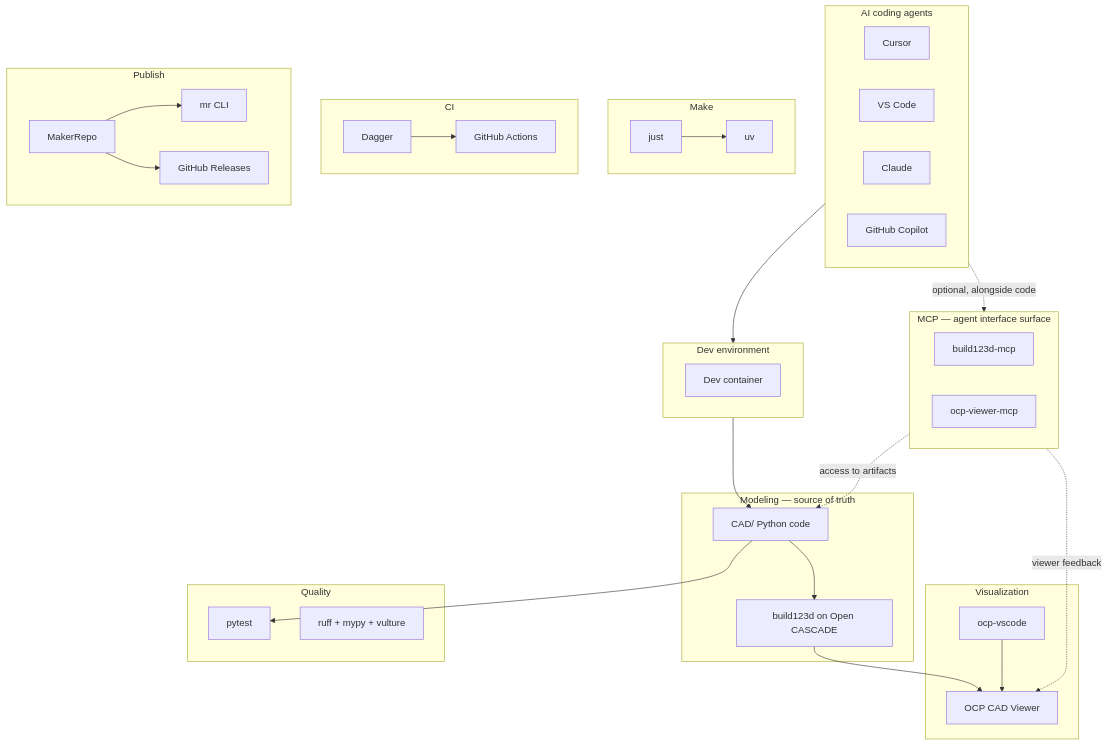
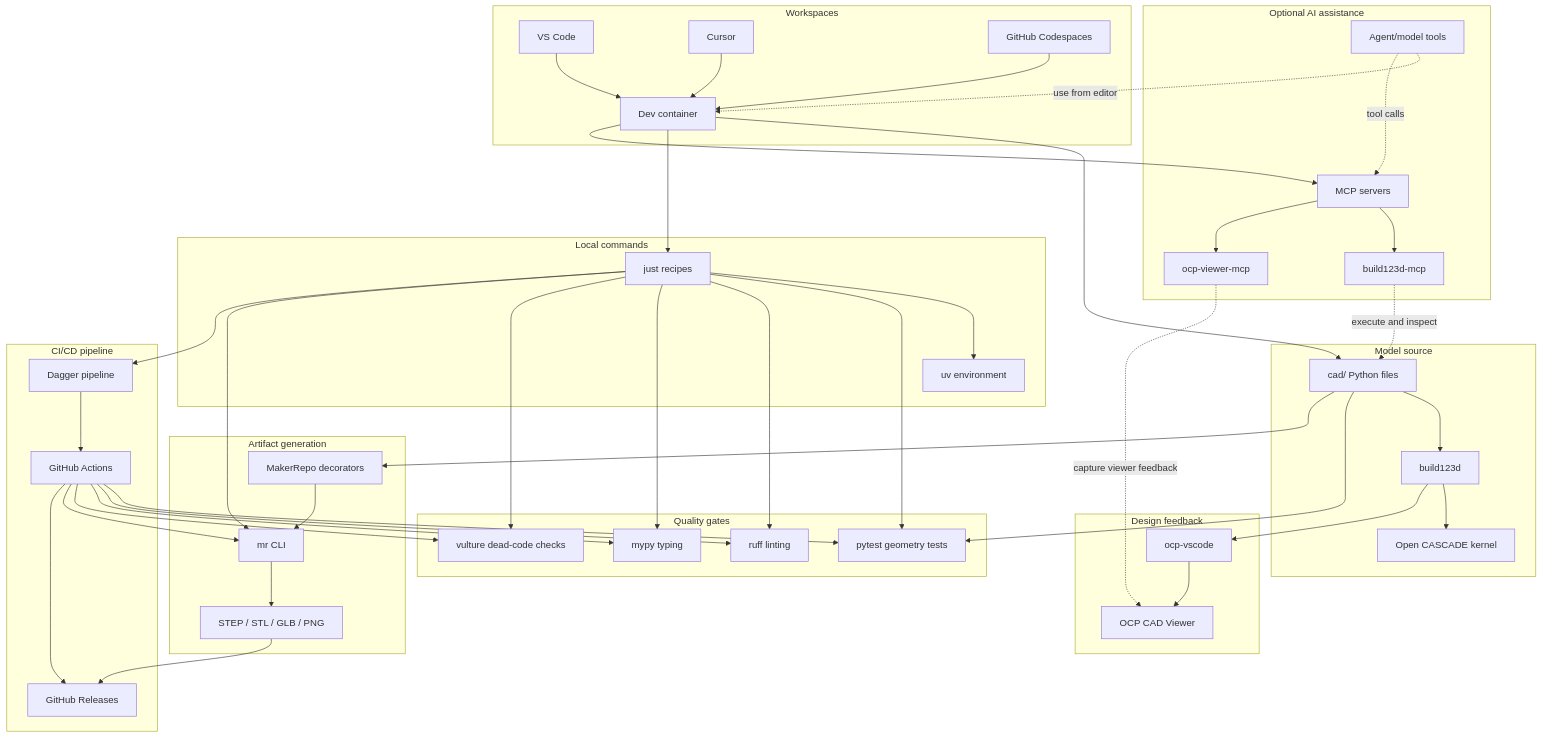
Before and after one commit to Coffee2Bits/CAD-as-Code-Template: the diagram in website/docs/intro.md, drawn with Mermaid. The commit also changed other lines of this file and 29 other files, not shown here.

````diff
--- a/website/docs/intro.md
+++ b/website/docs/intro.md
@@ -33,63 +35,91 @@
 ```mermaid
 flowchart TB
-  subgraph agents["AI coding agents"]
+  subgraph workspaces["Workspaces"]
+    VSCODE["VS Code"]
     CURSOR["Cursor"]
-    VSCODE["VS Code"]
-    CLAUDE["Claude"]
-    COPILOT["GitHub Copilot"]
-  end
-
-  subgraph ide["Dev environment"]
+    CODESPACES["GitHub Codespaces"]
     DC["Dev container"]
   end
 
-  subgraph mcp["MCP — agent interface surface"]
+  subgraph assistance["Optional AI assistance"]
+    AGENTS["Agent/model tools"]
+    MCP["MCP servers"]
     B123MCP["build123d-mcp"]
     OCPMCP["ocp-viewer-mcp"]
   end
 
-  subgraph model["Modeling — source of truth"]
-    CAD_SRC["CAD/ Python code"]
-    B123D["build123d on Open CASCADE"]
+  subgraph source["Model source"]
+    CAD_SRC["cad/ Python files"]
+    B123D["build123d"]
+    OCC["Open CASCADE kernel"]
   end
 
-  subgraph viz["Visualization"]
-    OCP["OCP CAD Viewer"]
-    BRIDGE["ocp-vscode"]
+  subgraph local["Local commands"]
+    JUST["just recipes"]
+    UV["uv environment"]
   end
 
-  subgraph quality["Quality"]
-    PYTEST["pytest"]
-    RUFF["ruff + mypy + vulture"]
+  subgraph feedback["Design feedback"]
+    BRIDGE["ocp-vscode"]
+    OCP["OCP CAD Viewer"]
   end
 
-  subgraph make["Make"]
-    JUST["just"]
-    UV["uv"]
+  subgraph quality["Quality gates"]
+    PYTEST["pytest geometry tests"]
+    RUFF["ruff linting"]
+    MYPY["mypy typing"]
+    VULTURE["vulture dead-code checks"]
   end
 
-  subgraph ci["CI"]
-    DAGGER["Dagger"]
-    GHA["GitHub Actions"]
+  subgraph publish["Artifact generation"]
+    MR["MakerRepo decorators"]
+    MRCLI["mr CLI"]
+    EXPORTS["STEP / STL / GLB / PNG"]
   end
 
-  subgraph publish["Publish"]
-    MR["MakerRepo"]
-    MRCLI["mr CLI"]
-    REL["GitHub Releases"]
+  subgraph pipeline["CI/CD pipeline"]
+    DAGGER["Dagger pipeline"]
+    GHA["GitHub Actions"]
+    RELEASES["GitHub Releases"]
   end
 
-  agents --> ide
-  agents -.->|"optional, alongside code"| mcp
-  ide --> CAD_SRC
-  mcp -.->|"access to artifacts"| CAD_SRC
-  mcp -.->|"viewer feedback"| OCP
+  VSCODE --> DC
+  CURSOR --> DC
+  CODESPACES --> DC
+  DC --> CAD_SRC
+  DC --> JUST
+  DC --> MCP
+
+  AGENTS -.->|"use from editor"| DC
+  AGENTS -.->|"tool calls"| MCP
+  MCP --> B123MCP
+  MCP --> OCPMCP
+  B123MCP -.->|"execute and inspect"| CAD_SRC
+  OCPMCP -.->|"capture viewer feedback"| OCP
+
   CAD_SRC --> B123D
-  B123D --> OCP
+  B123D --> OCC
+  B123D --> BRIDGE
   BRIDGE --> OCP
+
+  JUST --> UV
+  JUST --> PYTEST
+  JUST --> RUFF
+  JUST --> MYPY
+  JUST --> VULTURE
+  JUST --> MRCLI
   CAD_SRC --> PYTEST
-  JUST --> UV
+  CAD_SRC --> MR
+  MR --> MRCLI
+  MRCLI --> EXPORTS
+
+  JUST --> DAGGER
   DAGGER --> GHA
-  MR --> MRCLI
-  MR --> REL
+  GHA --> PYTEST
+  GHA --> RUFF
+  GHA --> MYPY
+  GHA --> VULTURE
+  GHA --> MRCLI
+  EXPORTS --> RELEASES
+  GHA --> RELEASES
 ```
````
